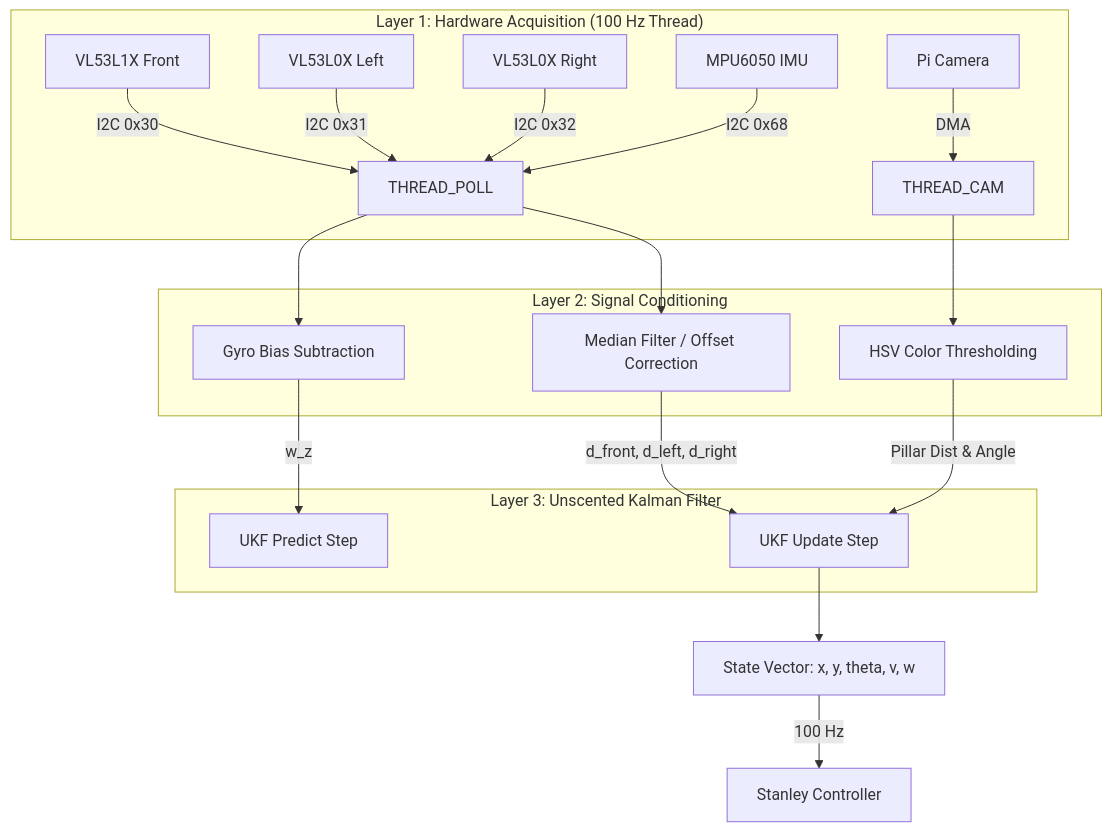
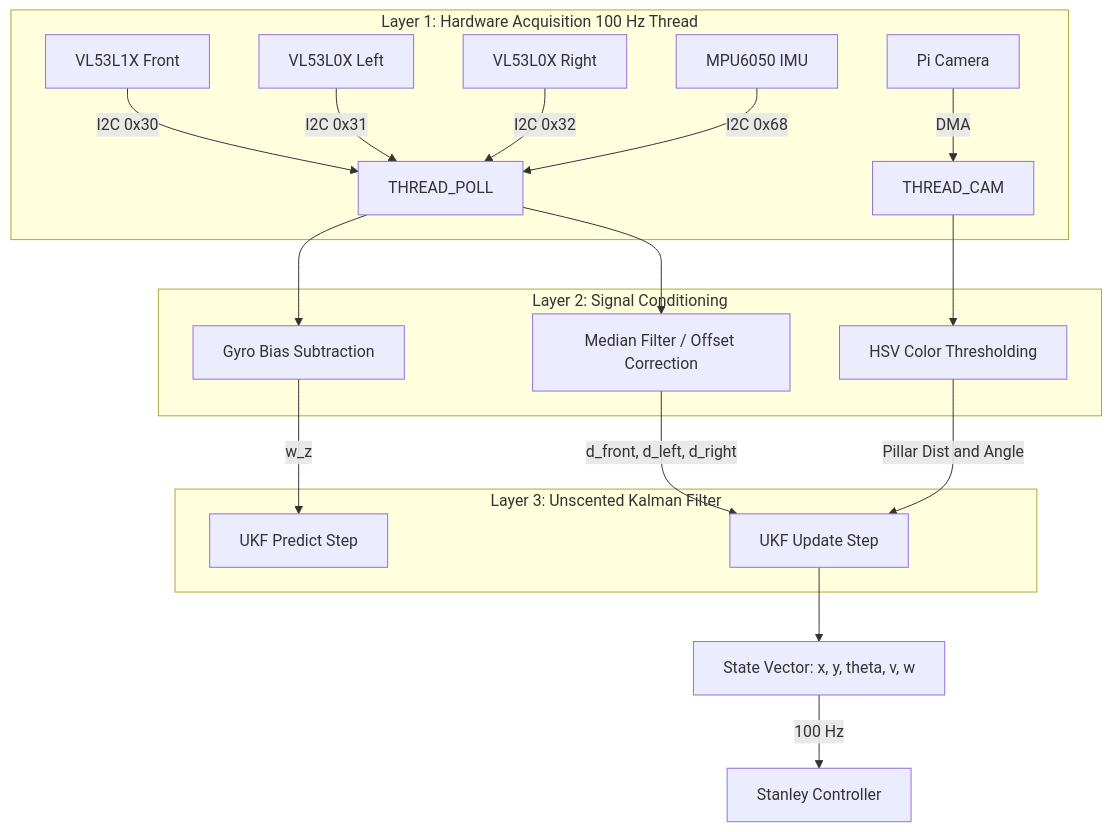
One commit to SHRUT6633/car changed the fifth of 7 diagrams in docs/02_power_sense.md. Above: the diagram before and after it, drawn with Mermaid. The commit also changed other lines of this file and 3 other files, not shown here.

Commit message:
Fix Mermaid diagram edge label syntax by wrapping special characters in double quotes across all docs

````diff
--- a/docs/02_power_sense.md
+++ b/docs/02_power_sense.md
@@ -393,25 +393,25 @@
 ```mermaid
 flowchart TD
-    subgraph L1 ["Layer 1: Hardware Acquisition (100 Hz Thread)"]
-        I2C_FRONT[VL53L1X Front] -->|I2C 0x30| THREAD_POLL
-        I2C_LEFT[VL53L0X Left] -->|I2C 0x31| THREAD_POLL
-        I2C_RIGHT[VL53L0X Right] -->|I2C 0x32| THREAD_POLL
-        I2C_IMU[MPU6050 IMU] -->|I2C 0x68| THREAD_POLL
-        CSI_CAM[Pi Camera] -->|DMA| THREAD_CAM
+    subgraph L1 ["Layer 1: Hardware Acquisition 100 Hz Thread"]
+        I2C_FRONT[VL53L1X Front] -->|"I2C 0x30"| THREAD_POLL
+        I2C_LEFT[VL53L0X Left] -->|"I2C 0x31"| THREAD_POLL
+        I2C_RIGHT[VL53L0X Right] -->|"I2C 0x32"| THREAD_POLL
+        I2C_IMU[MPU6050 IMU] -->|"I2C 0x68"| THREAD_POLL
+        CSI_CAM[Pi Camera] -->|"DMA"| THREAD_CAM
     end
 
     subgraph L2 ["Layer 2: Signal Conditioning"]
         THREAD_POLL --> IMU_CALIB[Gyro Bias Subtraction]
         THREAD_POLL --> TOF_FILTER[Median Filter / Offset Correction]
         THREAD_CAM --> HSV_THRESH[HSV Color Thresholding]
     end
 
     subgraph L3 ["Layer 3: Unscented Kalman Filter"]
-        IMU_CALIB -->|w_z| UKF_PREDICT[UKF Predict Step]
-        TOF_FILTER -->|d_front, d_left, d_right| UKF_UPDATE[UKF Update Step]
-        HSV_THRESH -->|Pillar Dist & Angle| UKF_UPDATE
+        IMU_CALIB -->|"w_z"| UKF_PREDICT[UKF Predict Step]
+        TOF_FILTER -->|"d_front, d_left, d_right"| UKF_UPDATE[UKF Update Step]
+        HSV_THRESH -->|"Pillar Dist and Angle"| UKF_UPDATE
     end
 
     UKF_UPDATE --> STATE_VECTOR["State Vector: x, y, theta, v, w"]
-    STATE_VECTOR -->|100 Hz| STANLEY[Stanley Controller]
+    STATE_VECTOR -->|"100 Hz"| STANLEY[Stanley Controller]
 ```
````
